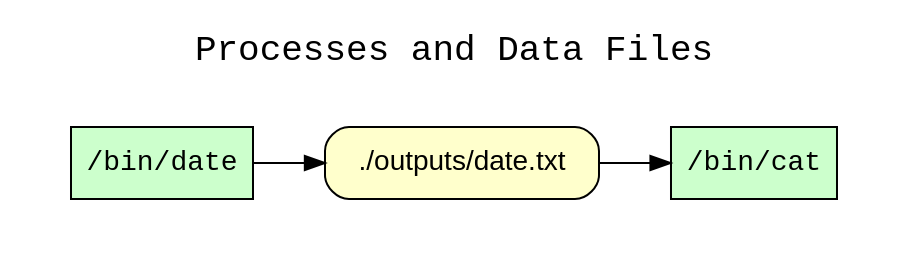
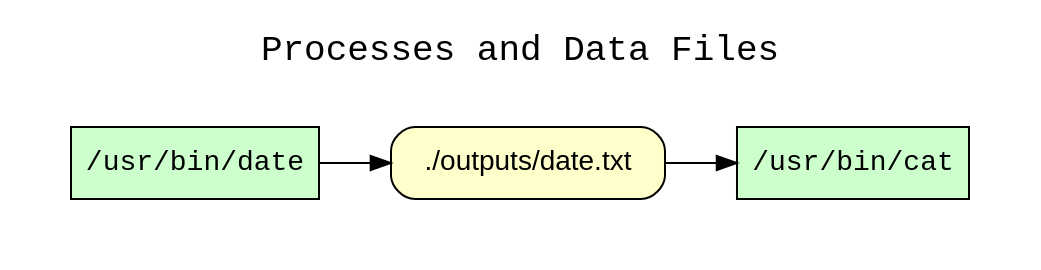
One commit to CIRSS/cpr changed the diagram in examples/04-date-to-file/graphs.d/wt_processes_and_data_files.dot. Above: the diagram before and after it, drawn with Graphviz. The commit also changed 65 other files, not shown here.

```diff
--- a/examples/04-date-to-file/graphs.d/wt_processes_and_data_files.dot
+++ b/examples/04-date-to-file/graphs.d/wt_processes_and_data_files.dot
@@ -1,16 +1,16 @@
 
 digraph wt_run {
 rankdir=LR
 fontname=Courier; fontsize=18; labelloc=t
 label="Processes and Data Files"
 subgraph cluster_inputs { label=""; color=white; penwidth=0
 subgraph cluster_inputs_inner { label=""; color=white
 node[shape=box style="filled" fillcolor="#CCFFCC" peripheries=1 fontname=Courier]
-"exe:e3" [label="/bin/cat"]
-"exe:e2" [label="/bin/date"]
+"exe:e3" [label="/usr/bin/cat"]
+"exe:e2" [label="/usr/bin/date"]
 node[shape=box style="rounded,filled" fillcolor="#FFFFCC" peripheries=1 fontname=Helvetica]
-"access:i8" [label="./outputs/date.txt"]
-"exe:e2" -> "access:i8"
-"access:i8" -> "exe:e3"
+"access:i7" [label="./outputs/date.txt"]
+"exe:e2" -> "access:i7"
+"access:i7" -> "exe:e3"
 }}
 }
```
